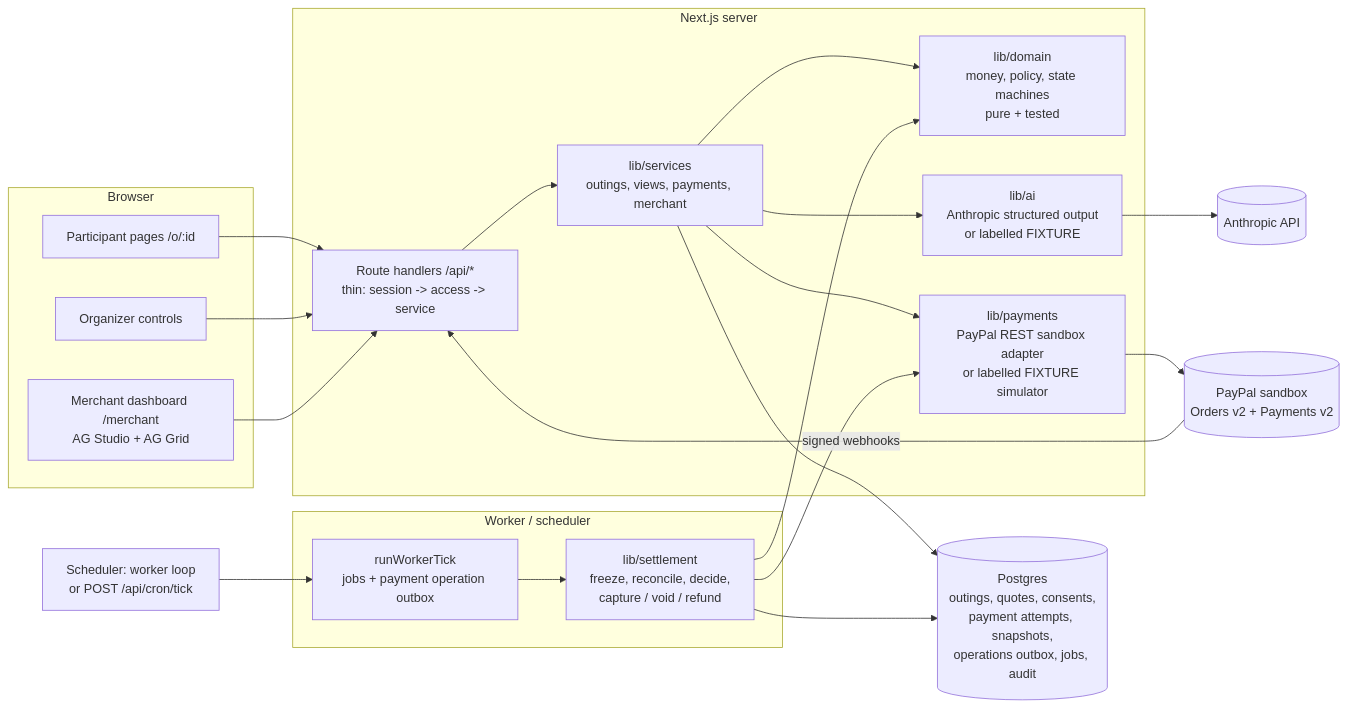
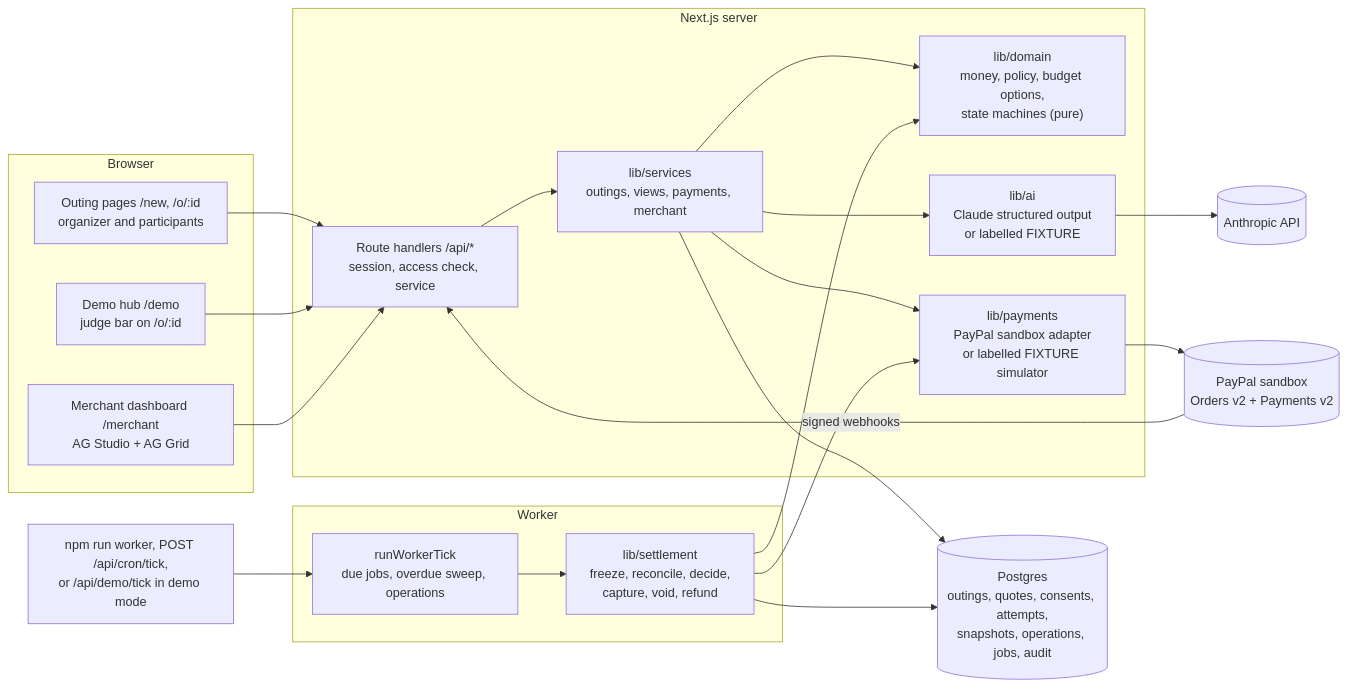
Before and after one commit to Baymoor/PayPal-AI-Hackathon-2026: the first of 3 diagrams in docs/ARCHITECTURE.md, drawn with Mermaid. The commit also changed other lines of this file and 6 other files, not shown here.

````diff
--- a/docs/ARCHITECTURE.md
+++ b/docs/ARCHITECTURE.md
@@ -5,35 +7,35 @@
 ```mermaid
 flowchart LR
   subgraph Browser
-    P[Participant pages /o/:id]
-    O[Organizer controls]
-    M[Merchant dashboard /merchant\nAG Studio + AG Grid]
+    P["Outing pages /new, /o/:id<br/>organizer and participants"]
+    D["Demo hub /demo<br/>judge bar on /o/:id"]
+    M["Merchant dashboard /merchant<br/>AG Studio + AG Grid"]
   end
-  subgraph Next.js server
-    API[Route handlers /api/*\nthin: session -> access -> service]
-    SVC[lib/services\noutings, views, payments, merchant]
-    DOM[lib/domain\nmoney, policy, state machines\npure + tested]
-    AI[lib/ai\nAnthropic structured output\nor labelled FIXTURE]
-    PAY[lib/payments\nPayPal REST sandbox adapter\nor labelled FIXTURE simulator]
+  subgraph Server [Next.js server]
+    API["Route handlers /api/*<br/>session, access check, service"]
+    SVC["lib/services<br/>outings, views, payments, merchant"]
+    DOM["lib/domain<br/>money, policy, budget options,<br/>state machines (pure)"]
+    AI["lib/ai<br/>Claude structured output<br/>or labelled FIXTURE"]
+    PAY["lib/payments<br/>PayPal sandbox adapter<br/>or labelled FIXTURE simulator"]
   end
-  subgraph Worker / scheduler
-    TICK[runWorkerTick\njobs + payment operation outbox]
-    SET[lib/settlement\nfreeze, reconcile, decide,\ncapture / void / refund]
+  subgraph Worker
+    TICK["runWorkerTick<br/>due jobs, overdue sweep, operations"]
+    SET["lib/settlement<br/>freeze, reconcile, decide,<br/>capture, void, refund"]
   end
-  DB[(Postgres\noutings, quotes, consents,\npayment attempts, snapshots,\noperations outbox, jobs, audit)]
-  PP[(PayPal sandbox\nOrders v2 + Payments v2)]
-  AN[(Anthropic API)]
+  CRON["npm run worker, POST /api/cron/tick,<br/>or /api/demo/tick in demo mode"]
+  DB[("Postgres<br/>outings, quotes, consents, attempts,<br/>snapshots, operations, jobs, audit")]
+  PP[("PayPal sandbox<br/>Orders v2 + Payments v2")]
+  AN[("Anthropic API")]
 
   P --> API
-  O --> API
+  D --> API
   M --> API
   API --> SVC --> DOM
   SVC --> AI --> AN
   SVC --> PAY --> PP
   SVC --> DB
-  TICK --> SET --> DOM
+  CRON --> TICK --> SET --> DOM
   SET --> PAY
   SET --> DB
   PP -- signed webhooks --> API
-  CRON[Scheduler: worker loop\nor POST /api/cron/tick] --> TICK
 ```
````
